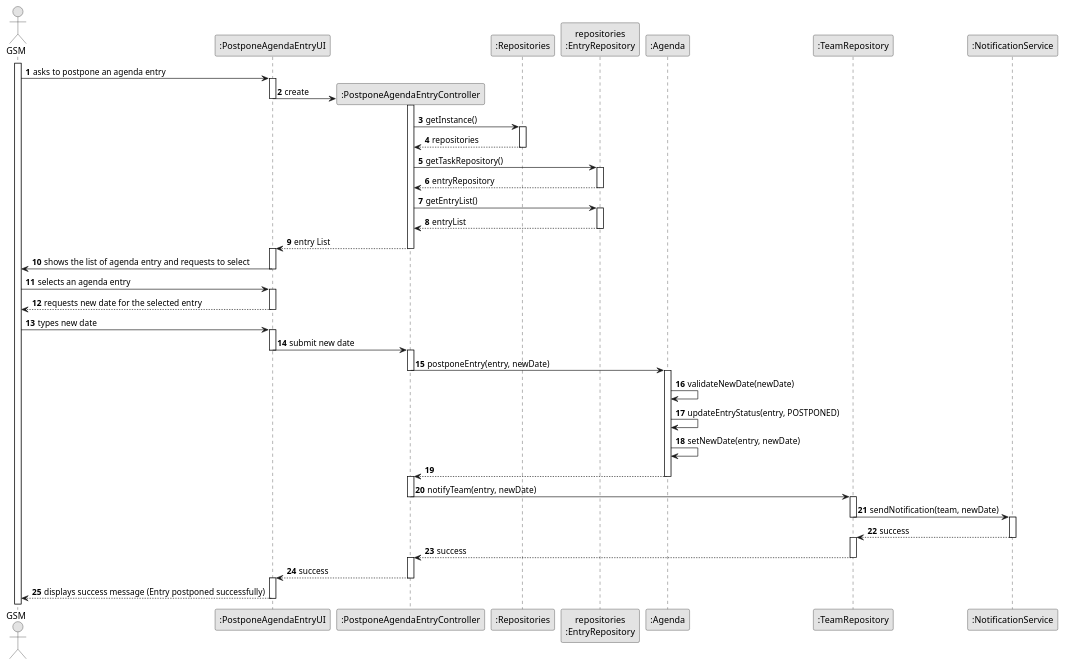
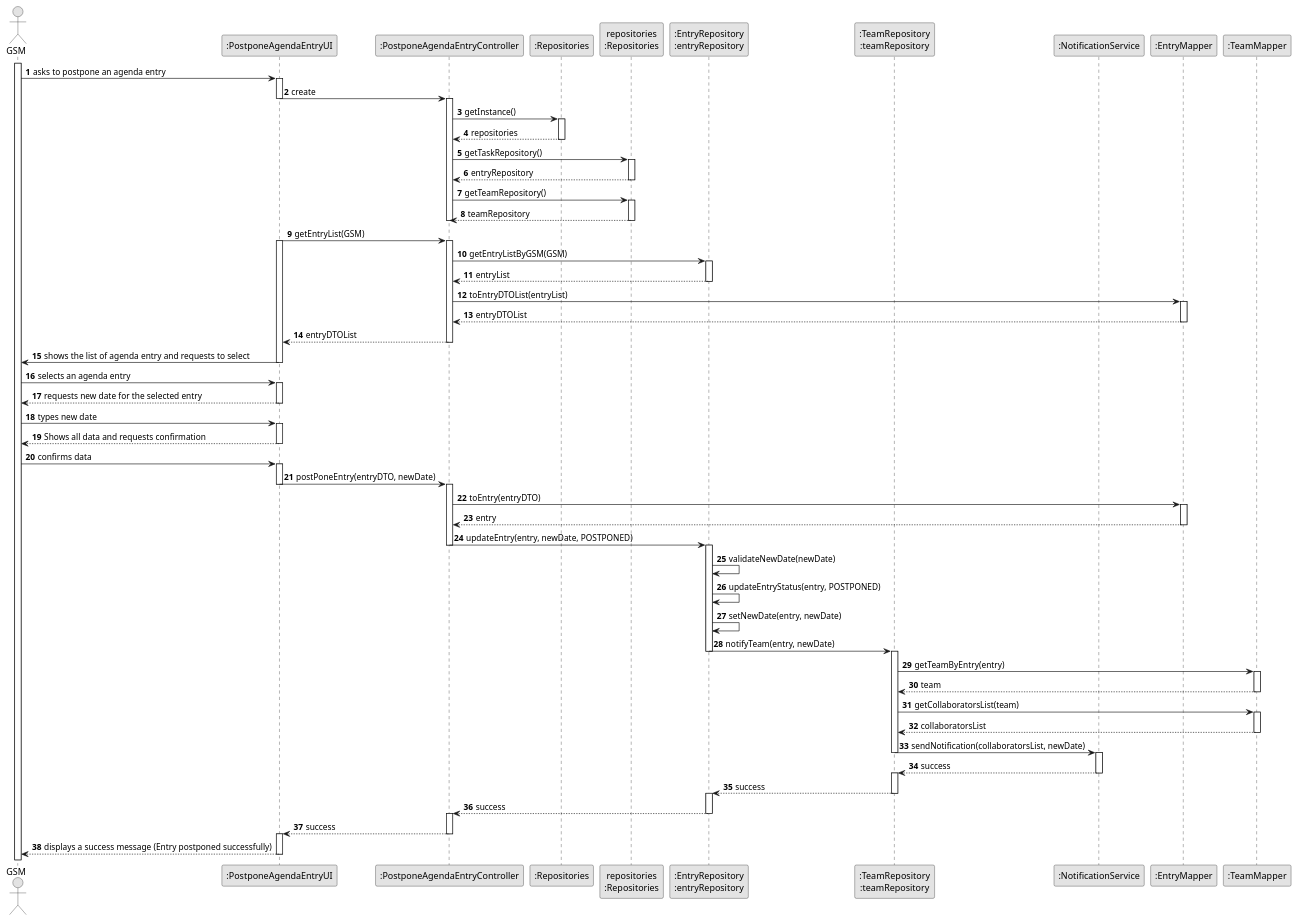
One commit to ricardomm7/leaflink changed the diagram in docs/sprintC/us024/03.design/puml/us024-sequence-diagram-full.puml. Above: the diagram before and after it, drawn with PlantUML. The commit also changed 23 other files, not shown here.

```diff
--- a/docs/sprintC/us024/03.design/puml/us024-sequence-diagram-full.puml
+++ b/docs/sprintC/us024/03.design/puml/us024-sequence-diagram-full.puml
@@ -1,99 +1,146 @@
 @startuml
 skinparam monochrome true
 skinparam packageStyle rectangle
 skinparam shadowing false
 
 autonumber
 
 actor "GSM" as GSM
 participant ":PostponeAgendaEntryUI" as UI
 participant ":PostponeAgendaEntryController" as CTRL
 participant ":Repositories" as RepositorySingleton
-participant "repositories\n:EntryRepository" as EntryRepo
-participant ":Agenda" as Agenda
-participant ":TeamRepository" as TeamRepo
+participant "repositories\n:Repositories" as PLAT
+participant ":EntryRepository\n:entryRepository" as EntryRepo
+participant ":TeamRepository\n:teamRepository" as TeamRepo
 participant ":NotificationService" as NotificationService
+participant ":EntryMapper" as EntryMapper
+participant ":TeamMapper" as TeamMapper
+
 
 activate GSM
 
     GSM -> UI : asks to postpone an agenda entry
     activate UI
 
-        UI -> CTRL** : create
+        UI -> CTRL : create
         deactivate UI
         activate CTRL
 
             CTRL -> RepositorySingleton : getInstance()
             activate RepositorySingleton
 
                 RepositorySingleton --> CTRL : repositories
             deactivate RepositorySingleton
 
-            CTRL -> EntryRepo : getTaskRepository()
+            CTRL -> PLAT : getTaskRepository()
+            activate PLAT
+
+                PLAT --> CTRL : entryRepository
+            deactivate PLAT
+
+            CTRL -> PLAT : getTeamRepository()
+            activate PLAT
+
+            PLAT --> CTRL : teamRepository
+            deactivate PLAT
+             deactivate CTRL
+
+        deactivate UI
+
+        UI -> CTRL: getEntryList(GSM)
+        activate UI
+        activate CTRL
+
+            CTRL -> EntryRepo: getEntryListByGSM(GSM)
             activate EntryRepo
 
-                EntryRepo --> CTRL : entryRepository
+            EntryRepo --> CTRL: entryList
             deactivate EntryRepo
 
-            CTRL -> EntryRepo :getEntryList()
-            activate EntryRepo
+            CTRL -> EntryMapper : toEntryDTOList(entryList)
+            activate EntryMapper
 
-            EntryRepo --> CTRL : entryList
-            deactivate EntryRepo
+            EntryMapper --> CTRL : entryDTOList
+            deactivate EntryMapper
 
-            CTRL --> UI : entry List
+            CTRL --> UI : entryDTOList
         deactivate CTRL
-        activate UI
 
         UI -> GSM : shows the list of agenda entry and requests to select
     deactivate UI
 
     GSM -> UI : selects an agenda entry
     activate UI
 
         UI --> GSM : requests new date for the selected entry
     deactivate UI
 
     GSM -> UI : types new date
     activate UI
 
-        UI -> CTRL : submit new date
+    UI --> GSM : Shows all data and requests confirmation
+    deactivate UI
+
+    GSM -> UI: confirms data
+    activate UI
+
+        UI -> CTRL : postPoneEntry(entryDTO, newDate)
         deactivate UI
         activate CTRL
 
-            CTRL -> Agenda : postponeEntry(entry, newDate)
+            CTRL -> EntryMapper : toEntry(entryDTO)
+            activate EntryMapper
+
+            EntryMapper --> CTRL : entry
+            deactivate EntryMapper
+
+            CTRL -> EntryRepo : updateEntry(entry, newDate, POSTPONED)
             deactivate CTRL
-            activate Agenda
+            activate EntryRepo
 
-                Agenda -> Agenda : validateNewDate(newDate)
-                Agenda -> Agenda : updateEntryStatus(entry, POSTPONED)
-                Agenda -> Agenda : setNewDate(entry, newDate)
+                EntryRepo -> EntryRepo : validateNewDate(newDate)
+                EntryRepo -> EntryRepo : updateEntryStatus(entry, POSTPONED)
+                EntryRepo -> EntryRepo : setNewDate(entry, newDate)
 
-                Agenda --> CTRL :
-            deactivate Agenda
-            activate CTRL
+            EntryRepo -> TeamRepo : notifyTeam(entry, newDate)
+            deactivate EntryRepo
 
-            CTRL -> TeamRepo : notifyTeam(entry, newDate)
-            deactivate CTRL
-            activate TeamRepo
-
-                TeamRepo -> NotificationService : sendNotification(team, newDate)
-                deactivate TeamRepo
-                activate NotificationService
-
-                    NotificationService --> TeamRepo : success
-                deactivate NotificationService
+                deactivate EntryRepo
                 activate TeamRepo
 
-            TeamRepo --> CTRL : success
-            deactivate TeamRepo
-            activate CTRL
+                    TeamRepo -> TeamMapper : getTeamByEntry(entry)
+                    activate TeamMapper
 
-            CTRL --> UI : success
-        deactivate CTRL
-        activate UI
+                    TeamMapper --> TeamRepo : team
+                    deactivate TeamMapper
 
-        UI --> GSM : displays success message (Entry postponed successfully)
-    deactivate UI
+                    TeamRepo -> TeamMapper : getCollaboratorsList(team)
+                    activate TeamMapper
+
+                    TeamMapper --> TeamRepo : collaboratorsList
+                    deactivate TeamMapper
+
+                    TeamRepo -> NotificationService : sendNotification(collaboratorsList, newDate)
+                    deactivate TeamRepo
+                    activate NotificationService
+
+                        NotificationService --> TeamRepo : success
+                    deactivate NotificationService
+                    activate TeamRepo
+
+                TeamRepo --> EntryRepo : success
+                deactivate TeamRepo
+                activate EntryRepo
+
+        EntryRepo --> CTRL : success
+        deactivate EntryRepo
+        activate CTRL
+
+        CTRL --> UI : success
+    deactivate CTRL
+    activate UI
+
+    UI --> GSM : displays a success message (Entry postponed successfully)
+deactivate UI
 
 @enduml
```
